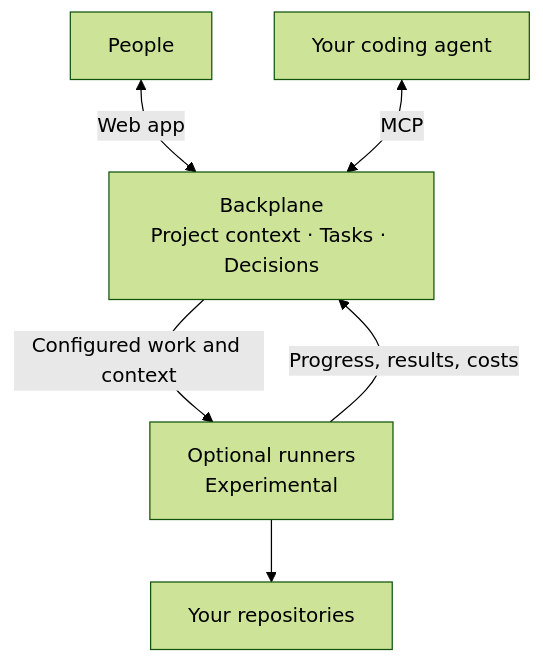
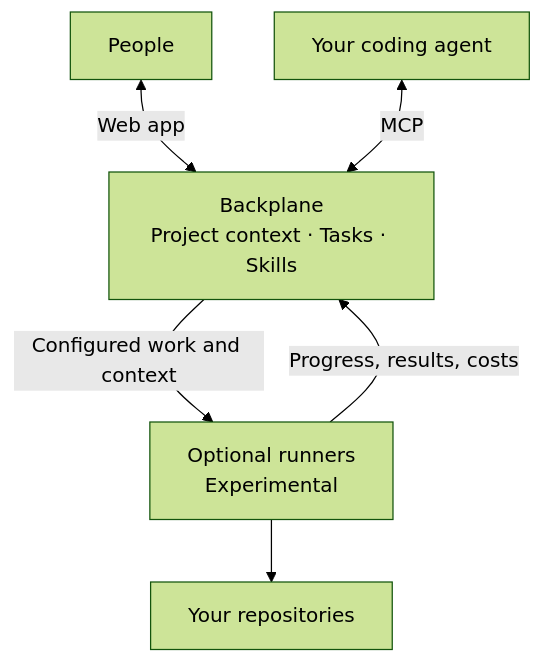
Before and after one commit to Valaris-Studio/backplane: the diagram in README.md, drawn with Mermaid (forest theme). The commit also changed other lines of this file and 8 other files, not shown here.

First line of the commit message:
Showcase Backplane's shared workshop, skills, and runner TUI (#3)

````diff
--- a/README.md
+++ b/README.md
@@ -171,8 +256,8 @@
 ```mermaid
 flowchart TB
-    H["People"] <-->|Web app| B["Backplane<br/>Project context · Tasks · Decisions"]
+    H["People"] <-->|Web app| B["Backplane<br/>Project context · Tasks · Skills"]
     A["Your coding agent"] <-->|MCP| B
     B -->|Configured work and context| R["Optional runners<br/>Experimental"]
     R -->|Progress, results, costs| B
     R --> G["Your repositories"]
 ```
````
